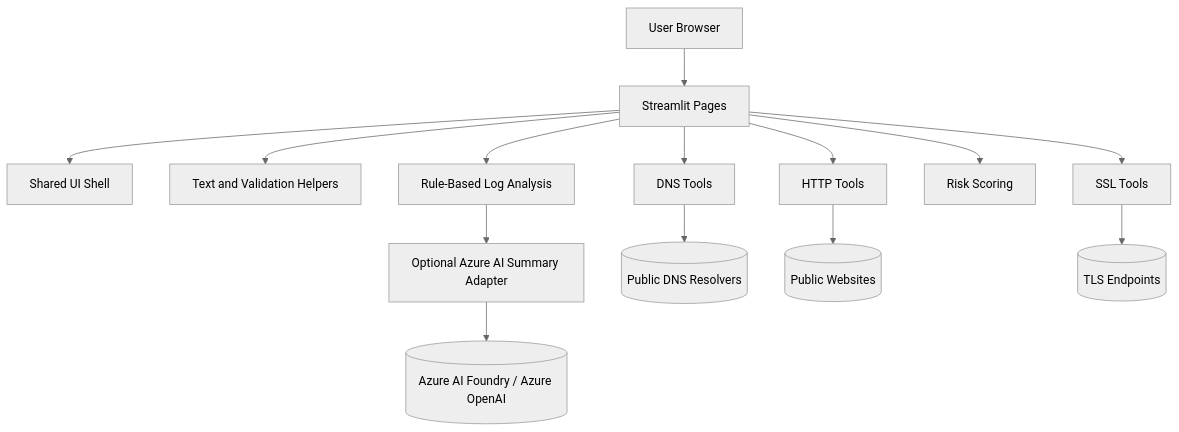
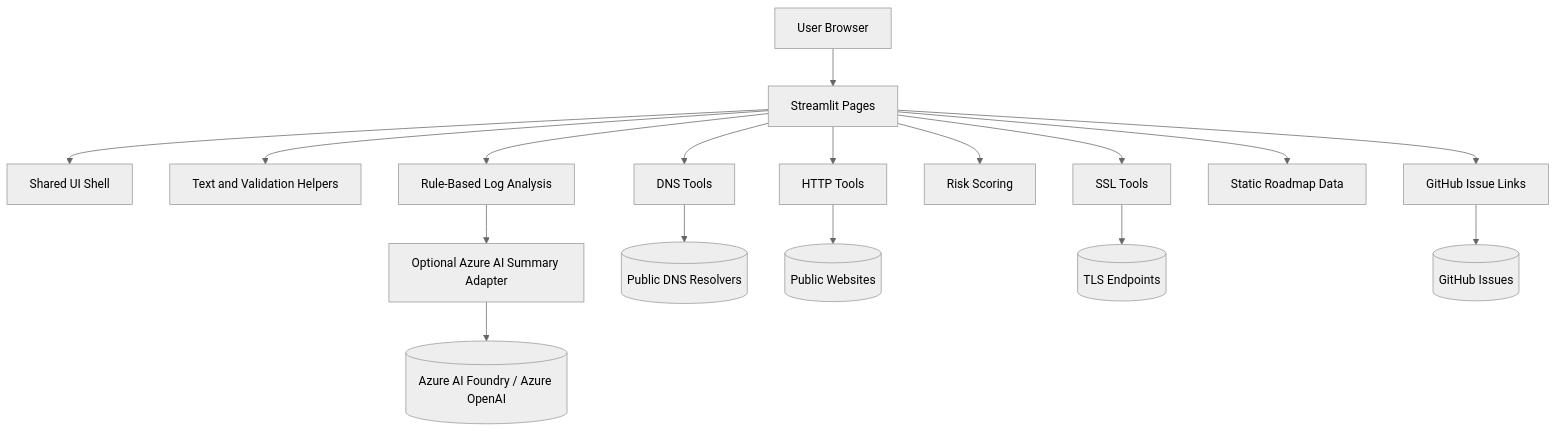
One commit to NPFernando/ITOps-Toolkit changed the diagram in docs/architecture.md. Above: the diagram before and after it, drawn with Mermaid (neutral theme). The commit also changed other lines of this file and 14 other files, not shown here.

First line of the commit message:
feat: Add Roadmap & Feedback page with structured layout and public-safe feedback mechanism

````diff
--- a/docs/architecture.md
+++ b/docs/architecture.md
@@ -5,16 +5,19 @@
 ```mermaid
 flowchart TD
     U[User Browser] --> S[Streamlit Pages]
     S --> UI[Shared UI Shell]
     S --> T[Text and Validation Helpers]
     S --> D[DNS Tools]
     S --> H[HTTP Tools]
     S --> C[SSL Tools]
     S --> R[Risk Scoring]
     S --> L[Rule-Based Log Analysis]
+    S --> M[Static Roadmap Data]
     L --> A[Optional Azure AI Summary Adapter]
+    S --> G[GitHub Issue Links]
     D --> DNS[(Public DNS Resolvers)]
     H --> WEB[(Public Websites)]
     C --> TLS[(TLS Endpoints)]
     A --> AZ[(Azure AI Foundry / Azure OpenAI)]
+    G --> GH[(GitHub Issues)]
 ```
````
